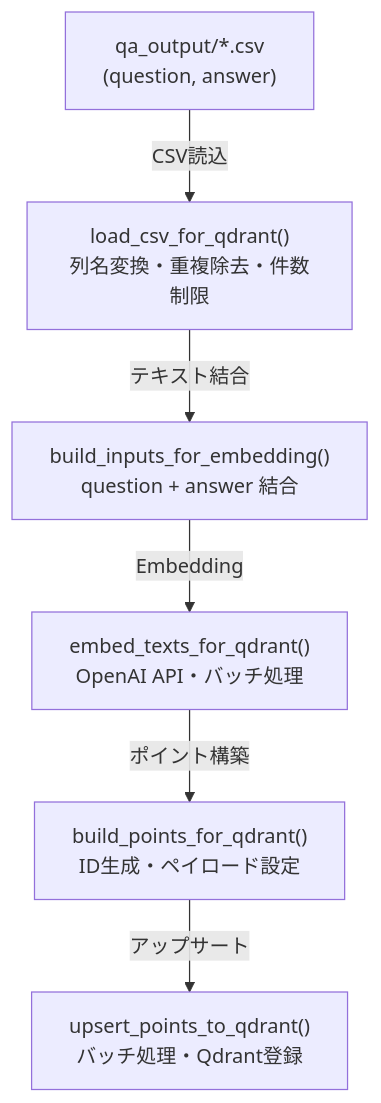
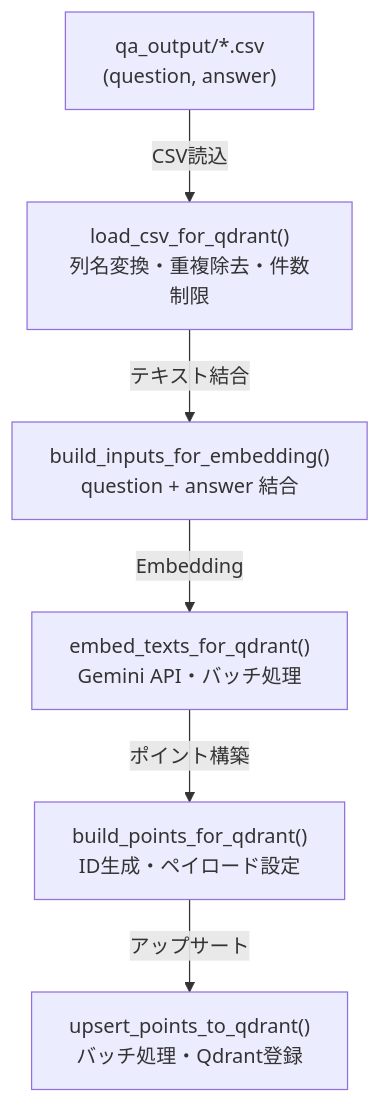
The fourth of 6 diagrams in doc/07_qdrant_integration_add.md (nakashima2toshio/gemini3_rag_qa), drawn with Mermaid before and after one commit. The commit also changed other lines of this file and 11 other files, not shown here.

````diff
--- a/doc/07_qdrant_integration_add.md
+++ b/doc/07_qdrant_integration_add.md
@@ -376,15 +300,15 @@
 ```mermaid
 flowchart TB
     A["qa_output/*.csv<br/>(question, answer)"]
     B["load_csv_for_qdrant()<br/>列名変換・重複除去・件数制限"]
     C["build_inputs_for_embedding()<br/>question + answer 結合"]
-    D["embed_texts_for_qdrant()<br/>OpenAI API・バッチ処理"]
+    D["embed_texts_for_qdrant()<br/>Gemini API・バッチ処理"]
     E["build_points_for_qdrant()<br/>ID生成・ペイロード設定"]
     F["upsert_points_to_qdrant()<br/>バッチ処理・Qdrant登録"]
 
     A -->|CSV読込| B
     B -->|テキスト結合| C
     C -->|Embedding| D
     D -->|ポイント構築| E
     E -->|アップサート| F
 ```
````
